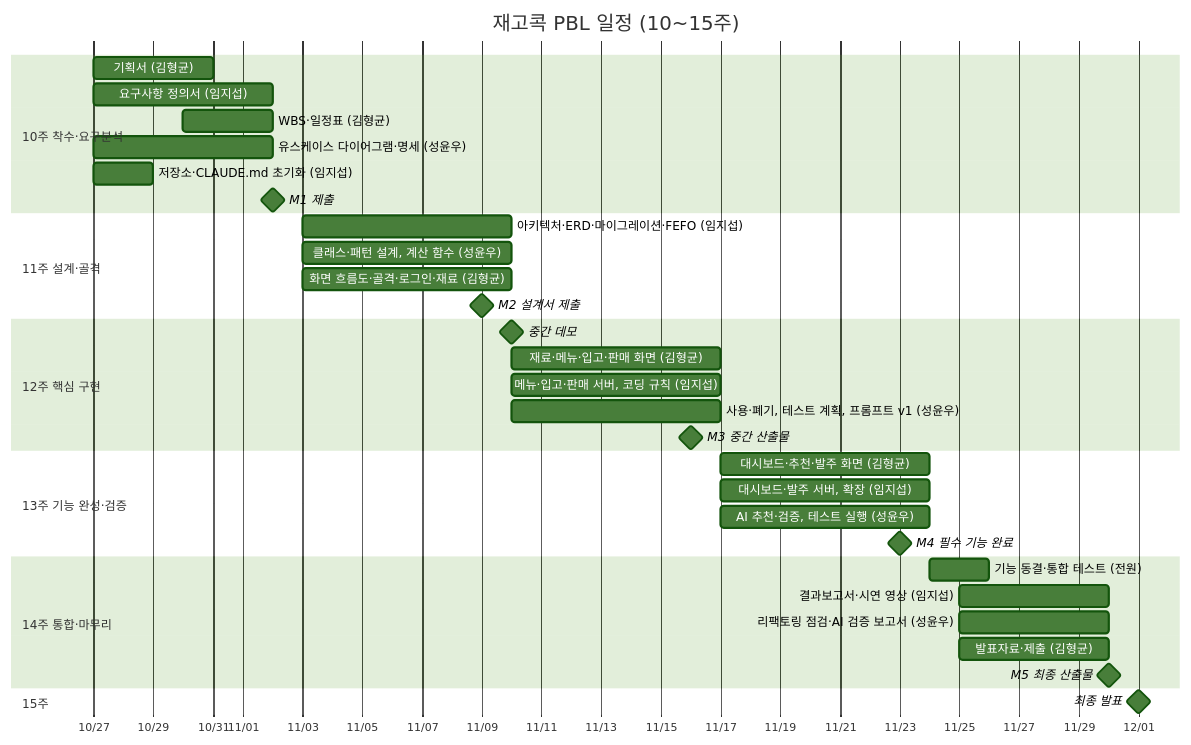
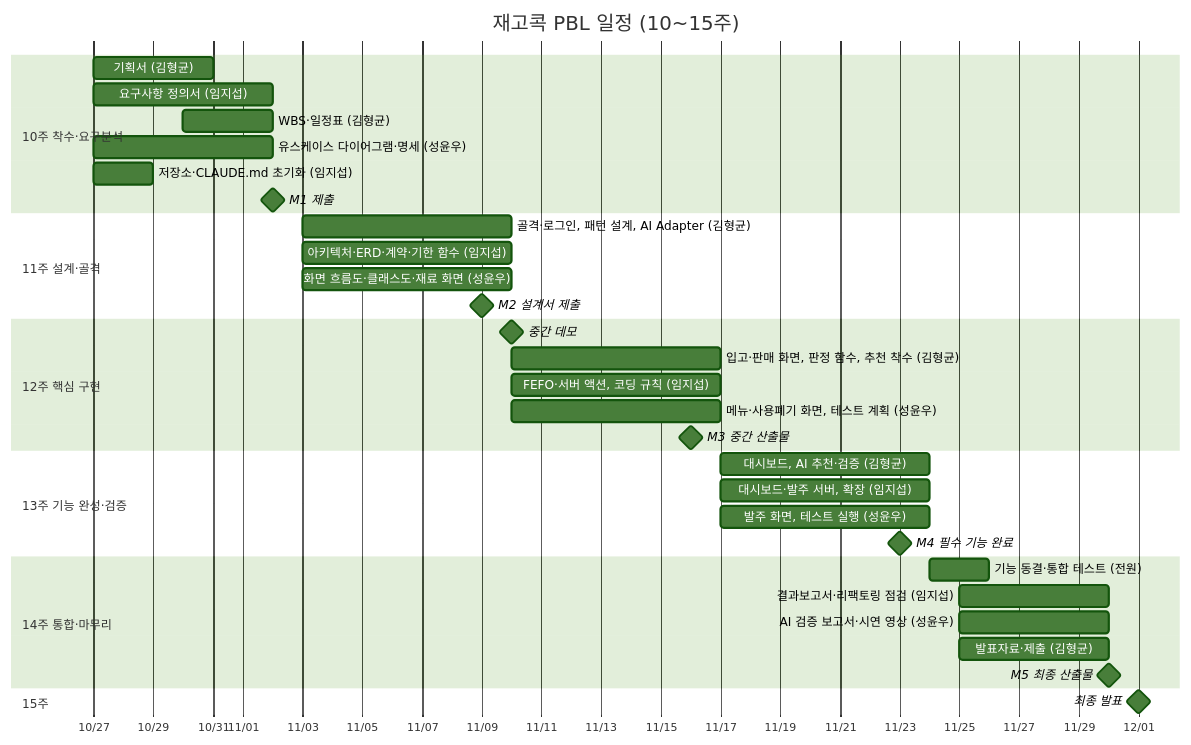
One commit to semicolon213/infood changed the diagram in docs/05_일정표.md. Above: the diagram before and after it, drawn with Mermaid (forest theme). The commit also changed other lines of this file and 7 other files, not shown here.

````diff
--- a/docs/05_일정표.md
+++ b/docs/05_일정표.md
@@ -59,43 +59,43 @@
 ```mermaid
 gantt
     title 재고콕 PBL 일정 (10~15주)
     dateFormat  YYYY-MM-DD
     axisFormat  %m/%d
 
     section 10주 착수·요구분석
     기획서 (김형균)                         :2026-10-27, 4d
     요구사항 정의서 (임지섭)                :2026-10-27, 6d
     WBS·일정표 (김형균)                     :2026-10-30, 3d
     유스케이스 다이어그램·명세 (성윤우)     :2026-10-27, 6d
     저장소·CLAUDE.md 초기화 (임지섭)        :2026-10-27, 2d
     M1 제출                                 :milestone, 2026-11-02, 0d
 
     section 11주 설계·골격
-    아키텍처·ERD·마이그레이션·FEFO (임지섭) :2026-11-03, 7d
-    클래스·패턴 설계, 계산 함수 (성윤우)    :2026-11-03, 7d
-    화면 흐름도·골격·로그인·재료 (김형균)   :2026-11-03, 7d
+    골격·로그인, 패턴 설계, AI Adapter (김형균) :2026-11-03, 7d
+    아키텍처·ERD·계약·기한 함수 (임지섭)    :2026-11-03, 7d
+    화면 흐름도·클래스도·재료 화면 (성윤우) :2026-11-03, 7d
     M2 설계서 제출                          :milestone, 2026-11-09, 0d
 
     section 12주 핵심 구현
     중간 데모                               :milestone, 2026-11-10, 0d
-    재료·메뉴·입고·판매 화면 (김형균)       :2026-11-10, 7d
-    메뉴·입고·판매 서버, 코딩 규칙 (임지섭) :2026-11-10, 7d
-    사용·폐기, 테스트 계획, 프롬프트 v1 (성윤우) :2026-11-10, 7d
+    입고·판매 화면, 판정 함수, 추천 착수 (김형균) :2026-11-10, 7d
+    FEFO·서버 액션, 코딩 규칙 (임지섭)      :2026-11-10, 7d
+    메뉴·사용폐기 화면, 테스트 계획 (성윤우) :2026-11-10, 7d
     M3 중간 산출물                          :milestone, 2026-11-16, 0d
 
     section 13주 기능 완성·검증
-    대시보드·추천·발주 화면 (김형균)        :2026-11-17, 7d
+    대시보드, AI 추천·검증 (김형균)         :2026-11-17, 7d
     대시보드·발주 서버, 확장 (임지섭)       :2026-11-17, 7d
-    AI 추천·검증, 테스트 실행 (성윤우)      :2026-11-17, 7d
+    발주 화면, 테스트 실행 (성윤우)         :2026-11-17, 7d
     M4 필수 기능 완료                       :milestone, 2026-11-23, 0d
 
     section 14주 통합·마무리
     기능 동결·통합 테스트 (전원)            :2026-11-24, 2d
-    결과보고서·시연 영상 (임지섭)           :2026-11-25, 5d
-    리팩토링 점검·AI 검증 보고서 (성윤우)   :2026-11-25, 5d
+    결과보고서·리팩토링 점검 (임지섭)       :2026-11-25, 5d
+    AI 검증 보고서·시연 영상 (성윤우)       :2026-11-25, 5d
     발표자료·제출 (김형균)                  :2026-11-25, 5d
     M5 최종 산출물                          :milestone, 2026-11-30, 0d
 
     section 15주
     최종 발표                               :milestone, 2026-12-01, 0d
 ```
````
